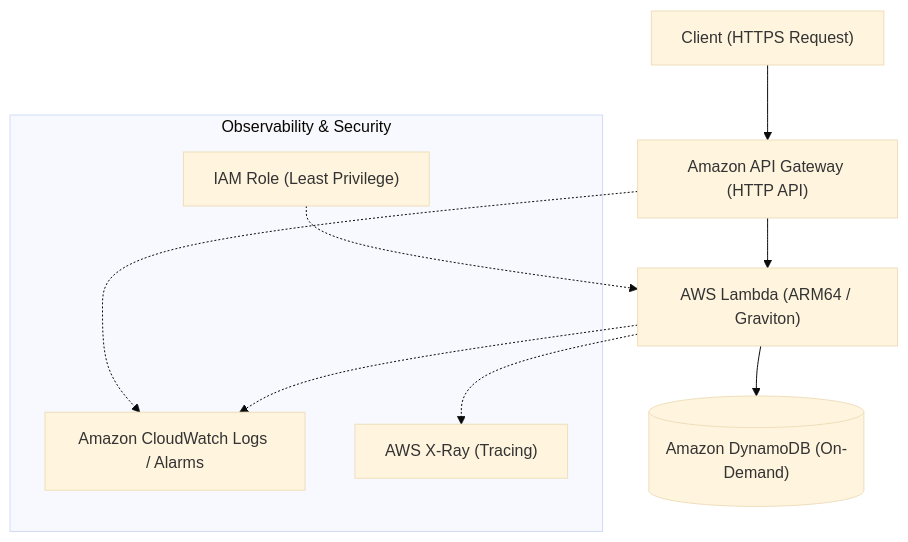
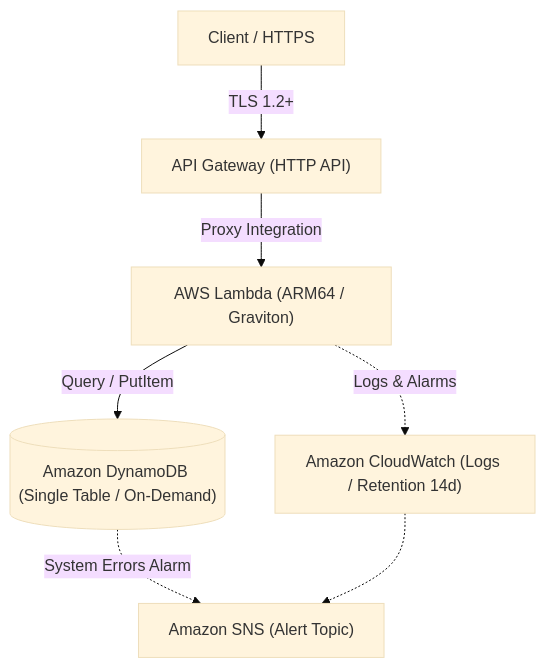
Before and after one commit to code-factory-theater/Serverless-Dual-Blade-IaC: the diagram in README.md, drawn with Mermaid (base theme). The commit also changed other lines of this file and 7 other files, not shown here.

````diff
--- a/README.md
+++ b/README.md
@@ -28,17 +13,9 @@
 ```mermaid
 graph TD
-    Client["Client (HTTPS Request)"] --> APIGW["Amazon API Gateway (HTTP API)"]
-    APIGW --> Lambda["AWS Lambda (ARM64 / Graviton)"]
-    Lambda --> DynamoDB[("Amazon DynamoDB (On-Demand)")]
-    
-    subgraph Observability["Observability & Security"]
-        CW["Amazon CloudWatch Logs / Alarms"]
-        XRay["AWS X-Ray (Tracing)"]
-        IAM["IAM Role (Least Privilege)"]
-    end
-    
-    APIGW -.-> CW
-    Lambda -.-> CW
-    Lambda -.-> XRay
-    IAM -.-> Lambda
+    Client["Client / HTTPS"] -->|"TLS 1.2+"| APIGW["API Gateway (HTTP API)"]
+    APIGW -->|"Proxy Integration"| Lambda["AWS Lambda (ARM64 / Graviton)"]
+    Lambda -->|"Query / PutItem"| DynamoDB[("Amazon DynamoDB (Single Table / On-Demand)")]
+    Lambda -.->|"Logs & Alarms"| CloudWatch["Amazon CloudWatch (Logs / Retention 14d)"]
+    DynamoDB -.->|"System Errors Alarm"| SNS["Amazon SNS (Alert Topic)"]
+    CloudWatch -.-> SNS
 ```
````
